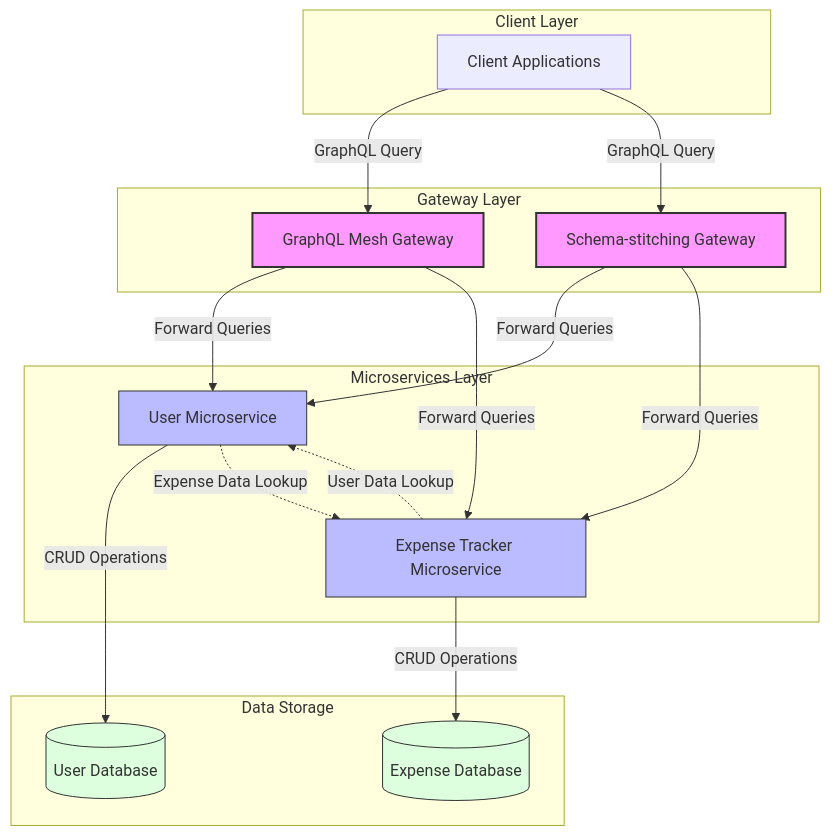
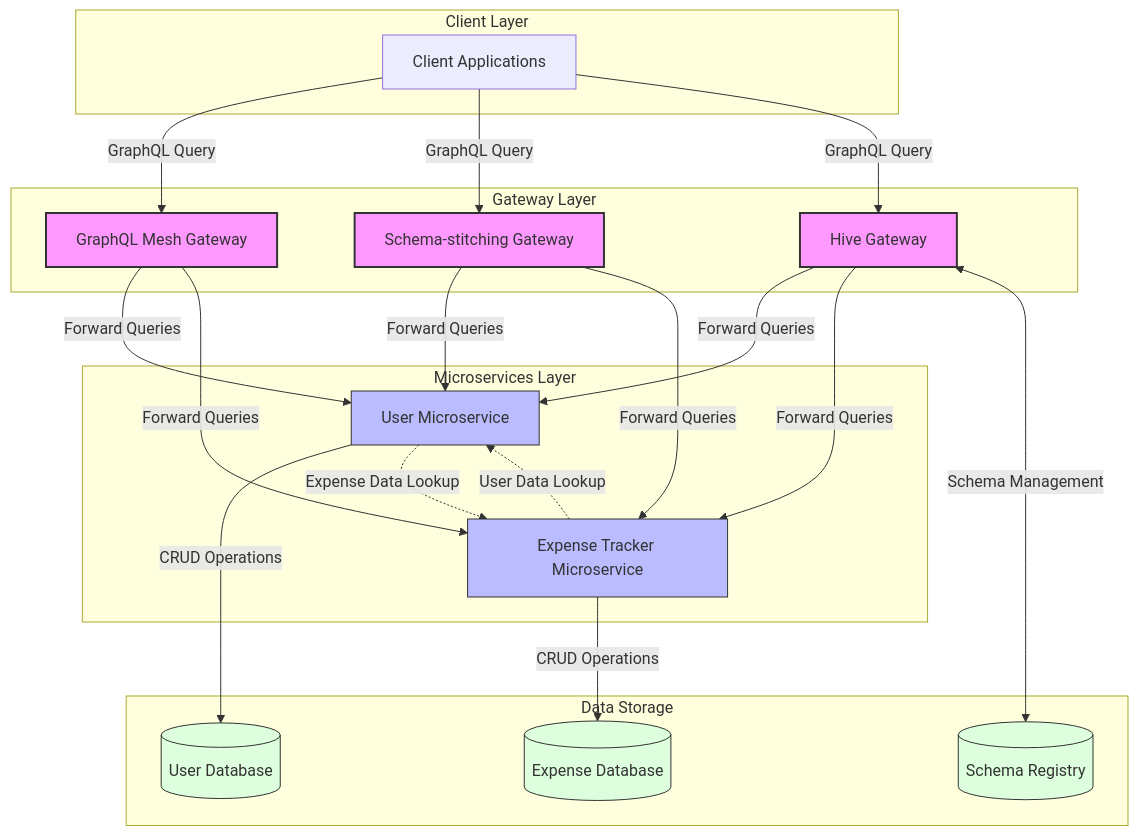
One commit to vinodhj/graphql-gateway-microservices changed the diagram in docs/diagrams/architecture-diagrams.mermaid. Above: the diagram before and after it, drawn with Mermaid. The commit also changed 1 other file, not shown here.

Commit message:
architecture & data-flow diagram update for hive gateway

```diff
--- a/docs/diagrams/architecture-diagrams.mermaid
+++ b/docs/diagrams/architecture-diagrams.mermaid
@@ -1,46 +1,54 @@
 graph TD
     subgraph "Client Layer"
         Client[Client Applications]
     end
     
     subgraph "Gateway Layer"
         GM[GraphQL Mesh Gateway]
         GS[Schema-stitching Gateway]
+        HG[Hive Gateway]
     end
     
     subgraph "Microservices Layer"
         UserService[User Microservice]
         ExpenseService[Expense Tracker Microservice]
     end
     
     subgraph "Data Storage"
         UserDB[(User Database)]
         ExpenseDB[(Expense Database)]
+        SchemaRegistry[(Schema Registry)]
     end
     
     %% Client connections
     Client -->|GraphQL Query| GM
     Client -->|GraphQL Query| GS
+    Client -->|GraphQL Query| HG
     
     %% Gateway connections
     GM -->|Forward Queries| UserService
     GM -->|Forward Queries| ExpenseService
     GS -->|Forward Queries| UserService
     GS -->|Forward Queries| ExpenseService
+    HG -->|Forward Queries| UserService
+    HG -->|Forward Queries| ExpenseService
+    
+    %% Hive specific connections
+    HG <-->|Schema Management| SchemaRegistry
     
     %% Service connections
     UserService -->|CRUD Operations| UserDB
     ExpenseService -->|CRUD Operations| ExpenseDB
     
     %% Cross-service data requirements
     ExpenseService -.->|User Data Lookup| UserService
     UserService -.->|Expense Data Lookup| ExpenseService
     
     %% Labels
     classDef gateway fill:#f9f,stroke:#333,stroke-width:2px
     classDef service fill:#bbf,stroke:#333,stroke-width:1px
     classDef database fill:#dfd,stroke:#333,stroke-width:1px
     
-    class GM,GS gateway
+    class GM,GS,HG gateway
     class UserService,ExpenseService service
-    class UserDB,ExpenseDB database
+    class UserDB,ExpenseDB,SchemaRegistry database
```
